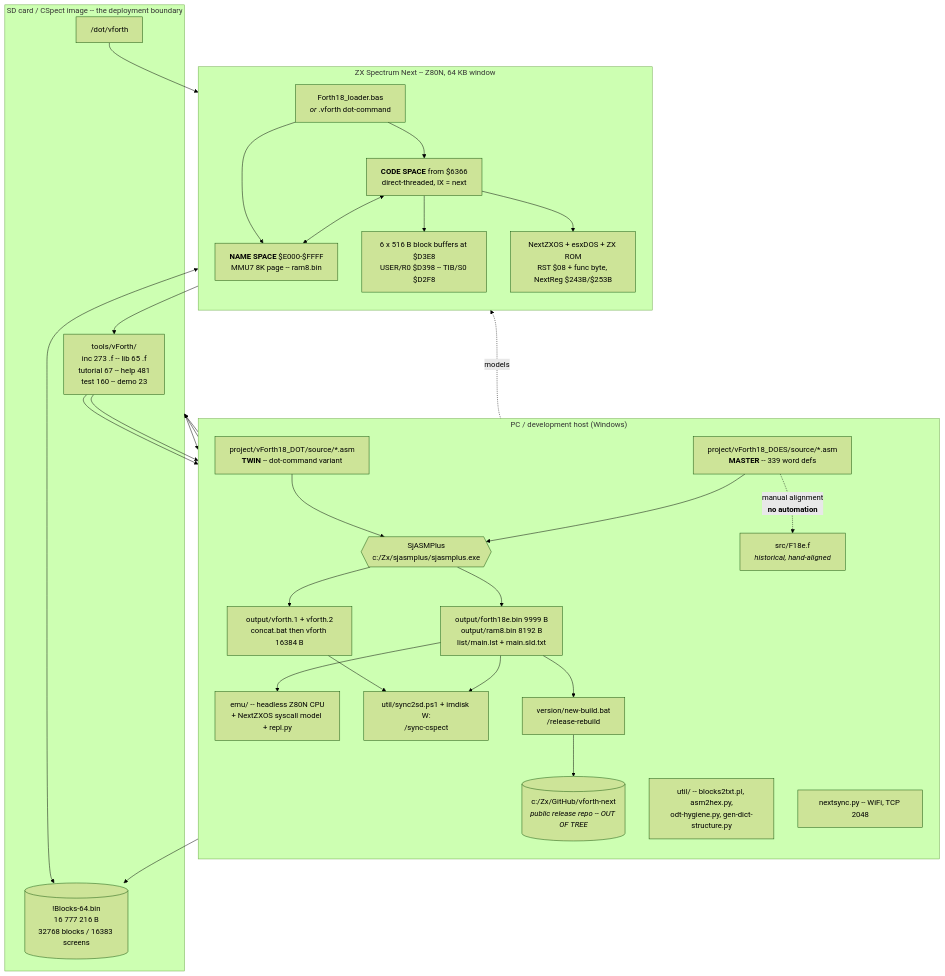
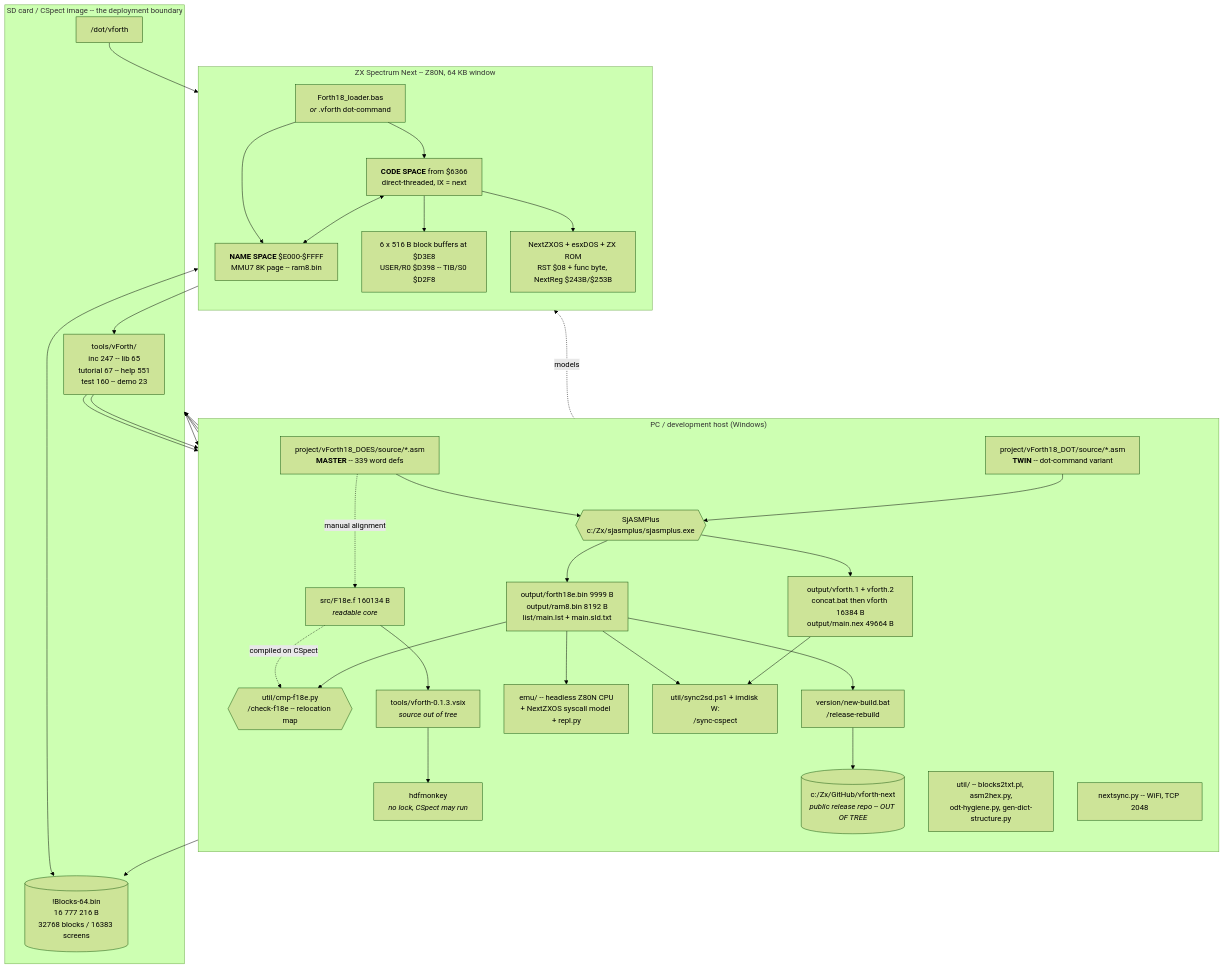
Before and after one commit to mattsteeldue/dev-F18: the first of 2 diagrams in tools/vForth/doc/REVERSE.md, drawn with Mermaid (forest theme). The commit also changed other lines of this file and 1 other file, not shown here.

````diff
--- a/tools/vForth/doc/REVERSE.md
+++ b/tools/vForth/doc/REVERSE.md
@@ -200,57 +328,64 @@
 ```mermaid
 graph TB
     subgraph PC["PC / development host (Windows)"]
         direction TB
         ASM["project/vForth18_DOES/source/*.asm<br/><b>MASTER</b> -- 339 word defs"]
         ASMDOT["project/vForth18_DOT/source/*.asm<br/><b>TWIN</b> -- dot-command variant"]
         SJ{{"SjASMPlus<br/>c:/Zx/sjasmplus/sjasmplus.exe"}}
         BINDOES["output/forth18e.bin 9999 B<br/>output/ram8.bin 8192 B<br/>list/main.lst + main.sld.txt"]
-        BINDOT["output/vforth.1 + vforth.2<br/>concat.bat then vforth 16384 B"]
-        F18E["src/F18e.f<br/><i>historical, hand-aligned</i>"]
+        BINDOT["output/vforth.1 + vforth.2<br/>concat.bat then vforth 16384 B<br/>output/main.nex 49664 B"]
+        F18E["src/F18e.f 160134 B<br/><i>readable core</i>"]
+        CMP{{"util/cmp-f18e.py<br/>/check-f18e -- relocation map"}}
         EMU["emu/ -- headless Z80N CPU<br/>+ NextZXOS syscall model + repl.py"]
         UTIL["util/ -- blocks2txt.pl, asm2hex.py,<br/>odt-hygiene.py, gen-dict-structure.py"]
+        VSIX["tools/vforth-0.1.3.vsix<br/><i>source out of tree</i>"]
         SYNC["util/sync2sd.ps1 + imdisk W:<br/>/sync-cspect"]
+        HDFM["hdfmonkey<br/><i>no lock, CSpect may run</i>"]
         NS["nextsync.py -- WiFi, TCP 2048"]
         REL["version/new-build.bat<br/>/release-rebuild"]
         PUB[("c:/Zx/GitHub/vforth-next<br/><i>public release repo -- OUT OF TREE</i>")]
     end
 
     subgraph SD["SD card / CSpect image -- the deployment boundary"]
-        SRC["tools/vForth/<br/>inc 273 .f -- lib 65 .f<br/>tutorial 67 -- help 481<br/>test 160 -- demo 23"]
+        SRC["tools/vForth/<br/>inc 247 -- lib 65<br/>tutorial 67 -- help 551<br/>test 160 -- demo 23"]
         BLK[("!Blocks-64.bin<br/>16 777 216 B<br/>32768 blocks / 16383 screens")]
         DOTDIR["/dot/vforth"]
     end
 
     subgraph NEXT["ZX Spectrum Next -- Z80N, 64 KB window"]
         direction TB
         LOADER["Forth18_loader.bas<br/><i>or</i> .vforth dot-command"]
         CORE["<b>CODE SPACE</b> from $6366<br/>direct-threaded, IX = next"]
         HEAP["<b>NAME SPACE</b> $E000-$FFFF<br/>MMU7 8K page -- ram8.bin"]
         BUFS["6 x 516 B block buffers at $D3E8<br/>USER/R0 $D398 -- TIB/S0 $D2F8"]
         OS["NextZXOS + esxDOS + ZX ROM<br/>RST $08 + func byte, NextReg $243B/$253B"]
     end
 
     ASM --> SJ --> BINDOES
     ASMDOT --> SJ --> BINDOT
-    ASM -. "manual alignment<br/><b>no automation</b>" .-> F18E
+    ASM -. "manual alignment" .-> F18E
+    F18E -. "compiled on CSpect" .-> CMP
+    BINDOES --> CMP
+    F18E --> VSIX
     BINDOES --> EMU
     BINDOES --> SYNC
     BINDOT --> SYNC
     SRC --> SYNC
     SRC --> NS
+    VSIX --> HDFM --> SD
     SYNC --> SD
     NS --> SD
     UTIL --> BLK
     BINDOES --> REL
     SD --> REL --> PUB
 
     LOADER --> CORE
     LOADER --> HEAP
     CORE <--> HEAP
     CORE --> BUFS
     BUFS <--> BLK
     CORE --> OS
     OS --> SRC
     DOTDIR --> CORE
     EMU -. "models" .-> OS
 ```
````
